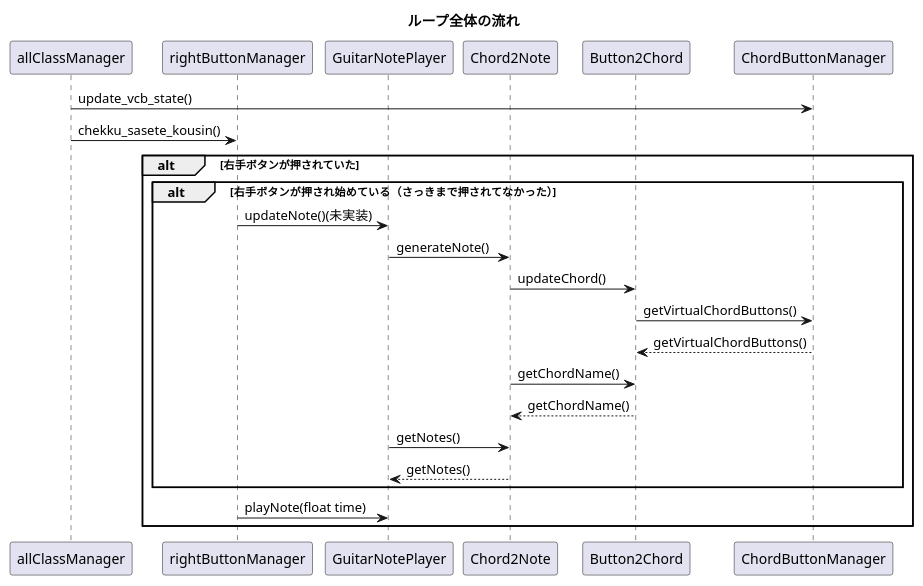
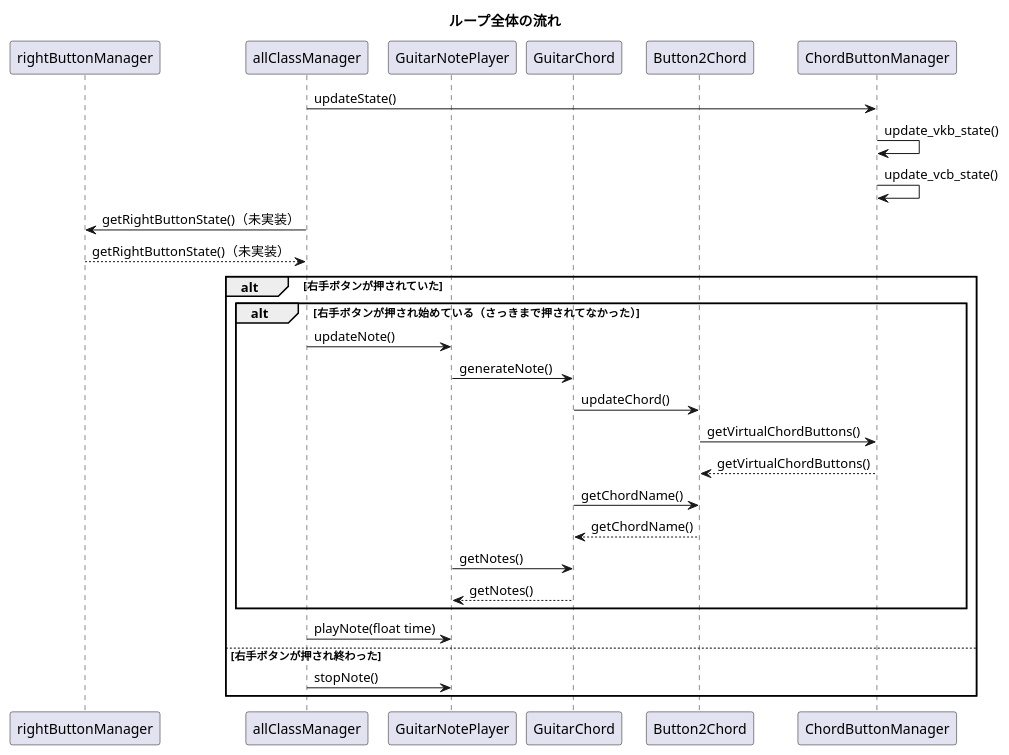
The diagram in 資料/loopflow.pu (new-sato/ChordNarashi), drawn with PlantUML before and after one commit. The commit also changed 24 other files, not shown here.

```diff
--- a/資料/loopflow.pu
+++ b/資料/loopflow.pu
@@ -1,28 +1,34 @@
 @startuml hoge
 title "ループ全体の流れ"
+participant rightButtonManager
 participant allClassManager
-participant rightButtonManager
 participant GuitarNotePlayer
-participant Chord2Note
+participant GuitarChord
 participant Button2Chord
 participant ChordButtonManager
 
-allClassManager -> ChordButtonManager: update_vcb_state()
+allClassManager -> ChordButtonManager: updateState()
+ChordButtonManager -> ChordButtonManager: update_vkb_state()
+ChordButtonManager -> ChordButtonManager: update_vcb_state()
 
-allClassManager -> rightButtonManager: chekku_sasete_kousin()
+allClassManager -> rightButtonManager: getRightButtonState()（未実装）
+
+allClassManager <-- rightButtonManager: getRightButtonState()（未実装）
 alt 右手ボタンが押されていた
     alt 右手ボタンが押され始めている（さっきまで押されてなかった）
-        rightButtonManager -> GuitarNotePlayer: updateNote()(未実装)
-        GuitarNotePlayer -> Chord2Note : generateNote()
-        Chord2Note -> Button2Chord : updateChord()
+        allClassManager -> GuitarNotePlayer: updateNote()
+        GuitarNotePlayer -> GuitarChord : generateNote()
+        GuitarChord -> Button2Chord : updateChord()
         Button2Chord -> ChordButtonManager: getVirtualChordButtons()
         Button2Chord <--ChordButtonManager : getVirtualChordButtons()
-        Chord2Note -> Button2Chord: getChordName()
-        Chord2Note <-- Button2Chord: getChordName()
-        GuitarNotePlayer -> Chord2Note : getNotes()
-        GuitarNotePlayer <-- Chord2Note : getNotes()
+        GuitarChord -> Button2Chord: getChordName()
+        GuitarChord <-- Button2Chord: getChordName()
+        GuitarNotePlayer -> GuitarChord : getNotes()
+        GuitarNotePlayer <-- GuitarChord : getNotes()
     end
-    rightButtonManager -> GuitarNotePlayer : playNote(float time)
+        allClassManager -> GuitarNotePlayer : playNote(float time)
+else 右手ボタンが押され終わった
+    allClassManager -> GuitarNotePlayer: stopNote()
 end
 
 @enduml
```
